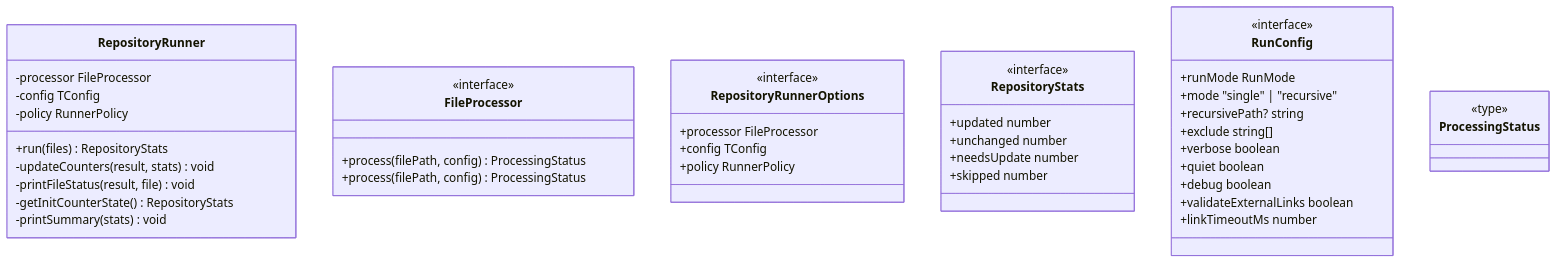
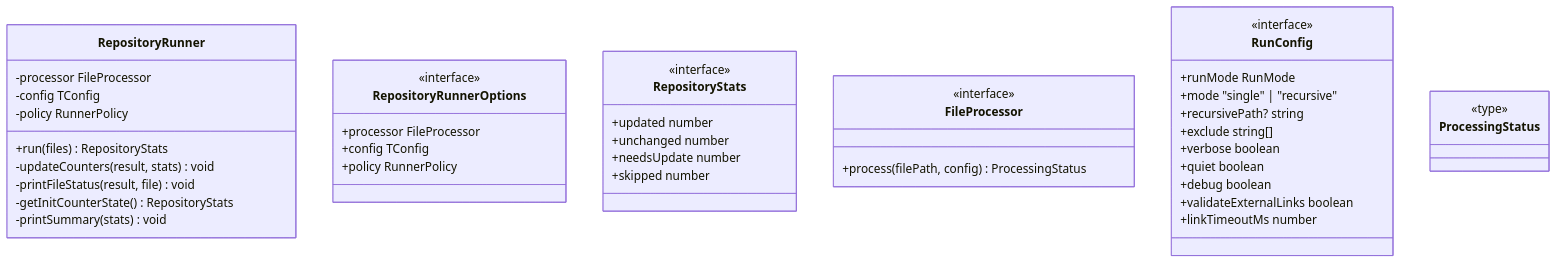
One commit to doikayt/build-tools changed the fifth of 6 diagrams in javascript/tooling-core/README.md. Above: the diagram before and after it, drawn with Mermaid. The commit also changed 1 other file, not shown here.

Commit message:
fix: Module '"../repository/RepositoryRunner.js"' declares 'FileProcessor' locally, but it is not exported.

````diff
--- a/javascript/tooling-core/README.md
+++ b/javascript/tooling-core/README.md
@@ -297,50 +297,46 @@
 ```mermaid
 classDiagram
   direction TB
   class RepositoryRunner {
     -processor FileProcessor<TConfig>
     -config TConfig
     -policy RunnerPolicy
     +run(files) RepositoryStats
     -updateCounters(result, stats) void
     -printFileStatus(result, file) void
     -getInitCounterState() RepositoryStats
     -printSummary(stats) void
-  }
-  class FileProcessor {
-    <<interface>>
-    +process(filePath, config) ProcessingStatus
   }
   class RepositoryRunnerOptions {
     <<interface>>
     +processor FileProcessor<TConfig>
     +config TConfig
     +policy RunnerPolicy
   }
   class RepositoryStats {
     <<interface>>
     +updated number
     +unchanged number
     +needsUpdate number
     +skipped number
   }
   class FileProcessor {
     <<interface>>
     +process(filePath, config) ProcessingStatus
   }
   class RunConfig {
     <<interface>>
     +runMode RunMode
     +mode "single" | "recursive"
     +recursivePath? string
     +exclude string[]
     +verbose boolean
     +quiet boolean
     +debug boolean
     +validateExternalLinks boolean
     +linkTimeoutMs number
   }
   class ProcessingStatus {
     <<type>>
   }
 ```
````
